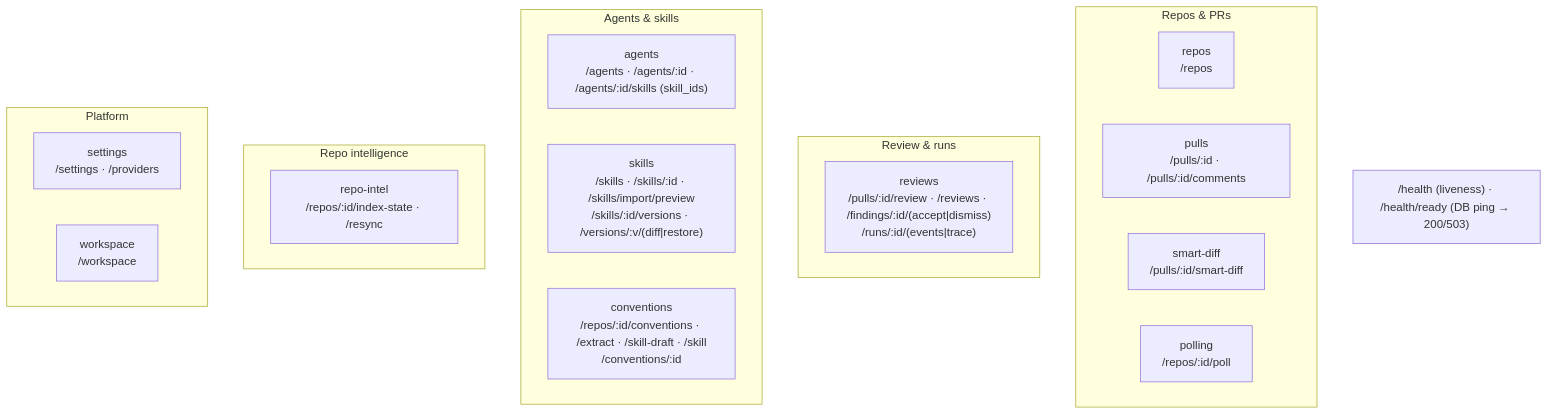
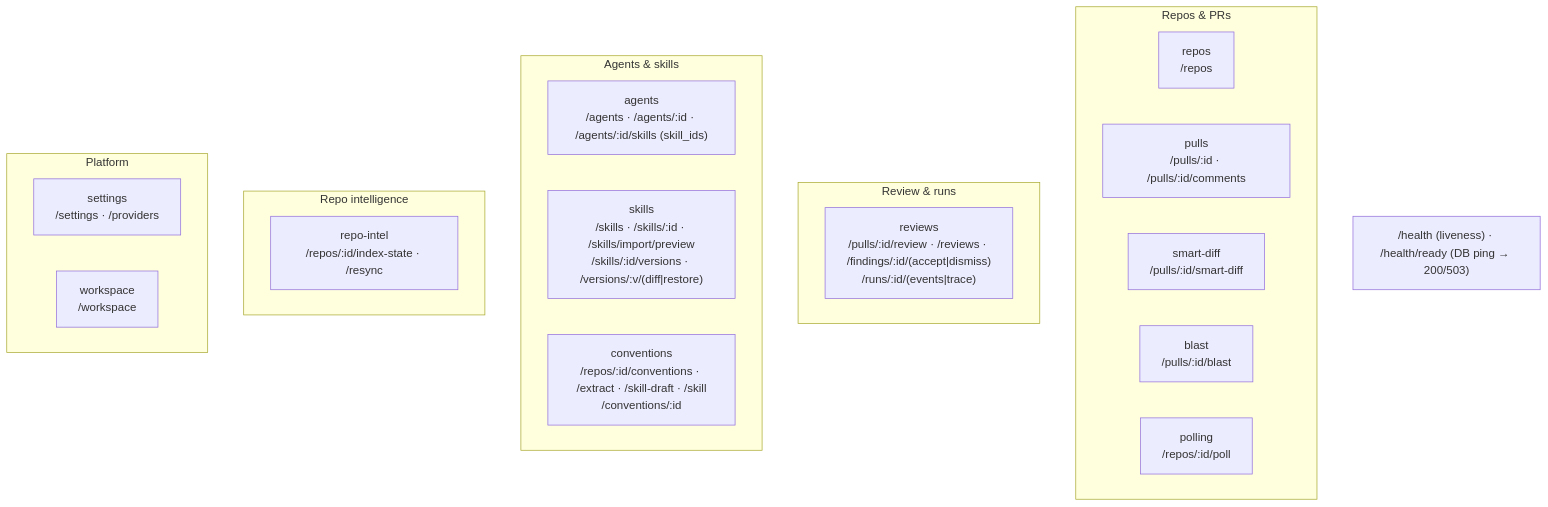
One commit to ira-horobets/dev-digest changed the second of 2 diagrams in server/README.md. Above: the diagram before and after it, drawn with Mermaid. The commit also changed 52 other files, not shown here.

````diff
--- a/server/README.md
+++ b/server/README.md
@@ -64,25 +64,26 @@
 ```mermaid
 flowchart TB
   subgraph Repos_PRs["Repos & PRs"]
     repos["repos<br/>/repos"]
     pulls["pulls<br/>/pulls/:id · /pulls/:id/comments"]
     smartDiff["smart-diff<br/>/pulls/:id/smart-diff"]
+    blast["blast<br/>/pulls/:id/blast"]
     polling["polling<br/>/repos/:id/poll"]
   end
   subgraph Review["Review & runs"]
     reviews["reviews<br/>/pulls/:id/review · /reviews · /findings/:id/(accept|dismiss)<br/>/runs/:id/(events|trace)"]
   end
   subgraph Agents["Agents & skills"]
     agents["agents<br/>/agents · /agents/:id · /agents/:id/skills (skill_ids)"]
     skills["skills<br/>/skills · /skills/:id · /skills/import/preview<br/>/skills/:id/versions · /versions/:v/(diff|restore)"]
     conventions["conventions<br/>/repos/:id/conventions · /extract · /skill-draft · /skill<br/>/conventions/:id"]
   end
   subgraph Intel["Repo intelligence"]
     repoIntel["repo-intel<br/>/repos/:id/index-state · /resync"]
   end
   subgraph Platform["Platform"]
     settings["settings<br/>/settings · /providers"]
     workspace["workspace<br/>/workspace"]
   end
   HEALTH["/health (liveness) · /health/ready (DB ping → 200/503)"]
 ```
````
